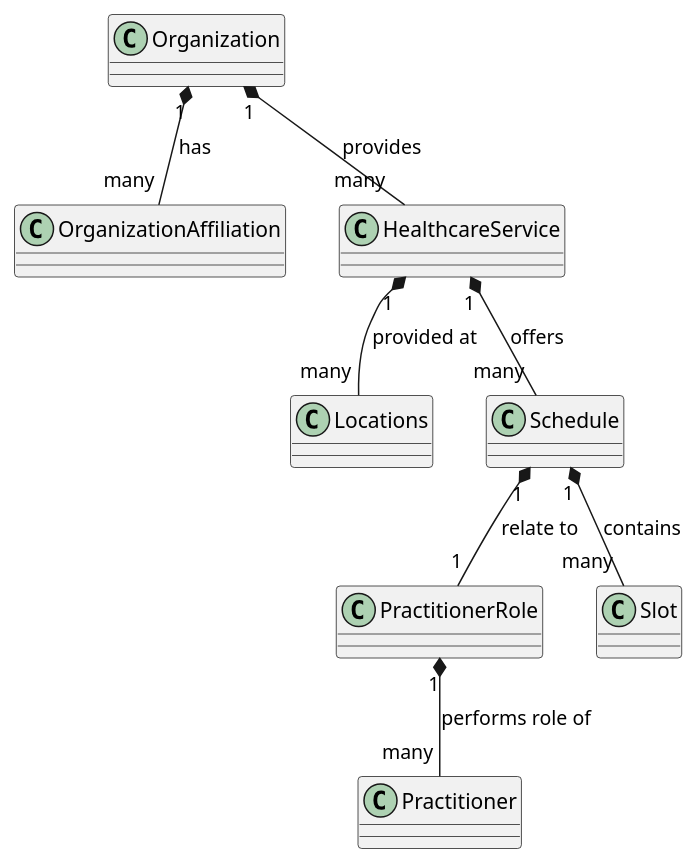
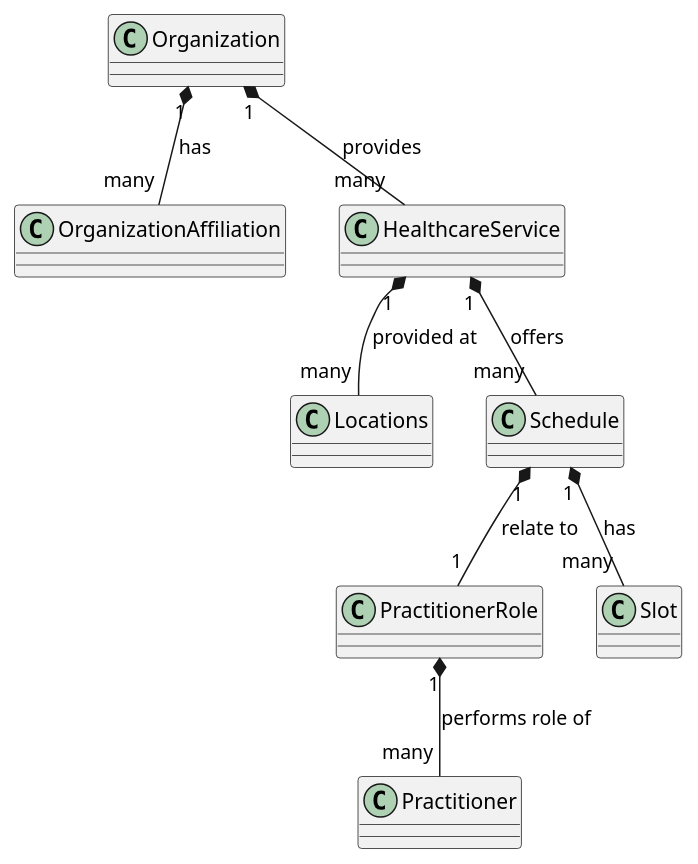
The diagram in NHSEnglandProgrammeImplementationGuides/backup/guides/Directory-of-Service/Home/Design/Data-mapping.page.md (NHSDigital/IOPS-FHIR-Simplifier-Backup), drawn with PlantUML before and after one commit. The commit also changed 9 other files, not shown here.

```diff
--- a/NHSEnglandProgrammeImplementationGuides/backup/guides/Directory-of-Service/Home/Design/Data-mapping.page.md
+++ b/NHSEnglandProgrammeImplementationGuides/backup/guides/Directory-of-Service/Home/Design/Data-mapping.page.md
@@ -15,9 +15,9 @@
 @startuml
 Organization "1" *-- "many" OrganizationAffiliation : has
 Organization "1" *-- "many" HealthcareService : provides
 HealthcareService "1" *-- "many" Locations : provided at
 HealthcareService "1" *-- "many" Schedule : offers
 Schedule "1" *-- "1" PractitionerRole : relate to
 PractitionerRole "1" *-- "many" Practitioner : performs role of
-Schedule "1" *-- "many" Slot : contains
+Schedule "1" *-- "many" Slot : has
 @enduml
```
